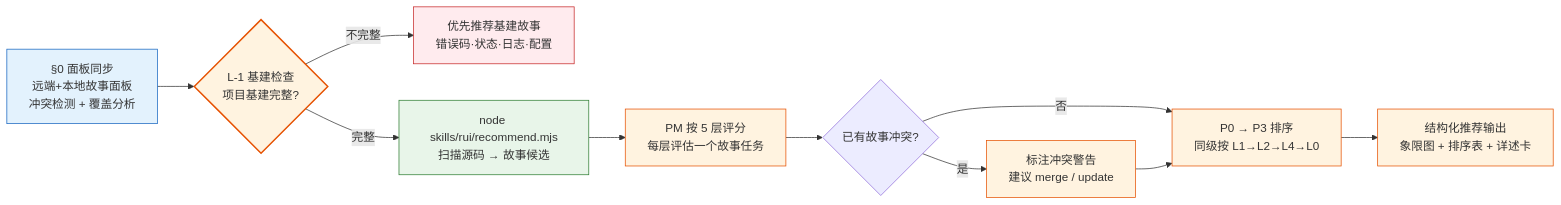
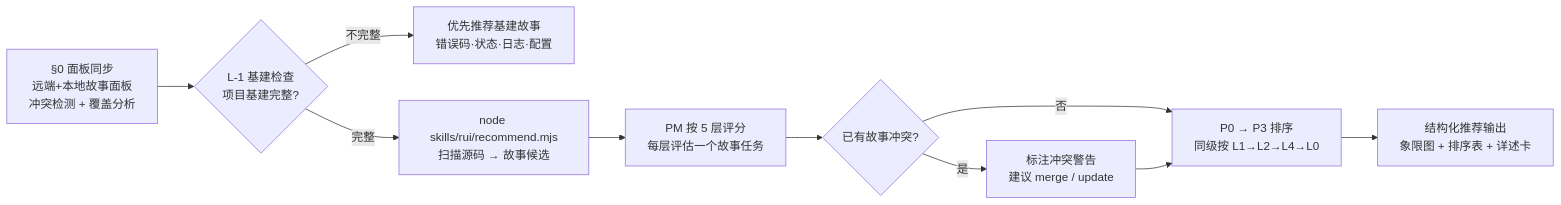
Before and after one commit to effiy/YrY: the first of 9 diagrams in skills/rui/ranking.md, drawn with Mermaid. The commit also changed other lines of this file and 61 other files, not shown here.

````diff
--- a/skills/rui/ranking.md
+++ b/skills/rui/ranking.md
@@ -12,19 +12,13 @@
 ```mermaid
 flowchart LR
     SYNC["§0 面板同步<br/>远端+本地故事面板<br/>冲突检测 + 覆盖分析"]:::sync --> INFRA{"L-1 基建检查<br/>项目基建完整?"}:::gate
     INFRA -->|"不完整"| INFRA_REC["优先推荐基建故事<br/>错误码·状态·日志·配置"]:::infra
     INFRA -->|"完整"| SCAN["node skills/rui/recommend.mjs<br/>扫描源码 → 故事候选"]:::tool
     SCAN --> EVAL["PM 按 5 层评分<br/>每层评估一个故事任务"]:::llm
     EVAL --> CONFLICT{"已有故事冲突?"}
     CONFLICT -->|"是"| MARK["标注冲突警告<br/>建议 merge / update"]:::warn
     CONFLICT -->|"否"| SORT["P0 → P3 排序<br/>同级按 L1→L2→L4→L0"]:::llm
     MARK --> SORT
     SORT --> PRESENT["结构化推荐输出<br/>象限图 + 排序表 + 详述卡"]:::llm
 
-    classDef tool fill:#e8f5e9,stroke:#2e7d32;
-    classDef llm fill:#fff3e0,stroke:#e65100;
-    classDef gate fill:#fff3e0,stroke:#e65100,stroke-width:2px;
-    classDef infra fill:#ffebee,stroke:#c62828;
-    classDef sync fill:#e3f2fd,stroke:#1565c0;
-    classDef warn fill:#fff3e0,stroke:#e65100;
 ```
````
